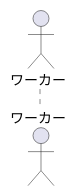
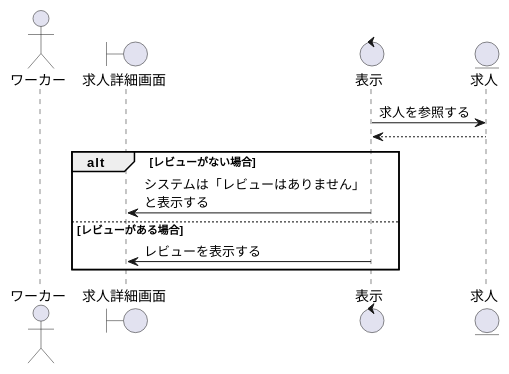
One commit to irukacb256/high_Me changed the diagram in sequence_fig/2_search_fn/09_レビューを閲覧する.pu. Above: the diagram before and after it, drawn with PlantUML. The commit also changed 2 other files, not shown here.

```diff
--- a/sequence_fig/2_search_fn/09_レビューを閲覧する.pu
+++ b/sequence_fig/2_search_fn/09_レビューを閲覧する.pu
@@ -1,6 +1,21 @@
 @startuml レビューを閲覧する
 
 ' 1
 actor ワーカー as wo1
+boundary 求人詳細画面 as jd1
+control 表示 as co1
+entity 求人 as en1
+
+' 2
+co1 -> en1 : 求人を参照する
+en1 --> co1 
+
+alt レビューがない場合
+    co1 -> jd1 : システムは「レビューはありません」\nと表示する
+
+else レビューがある場合
+    co1 -> jd1 : レビューを表示する
+
+end
 
 @enduml
```
